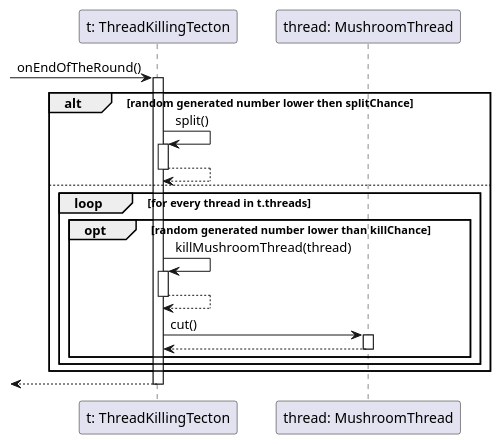
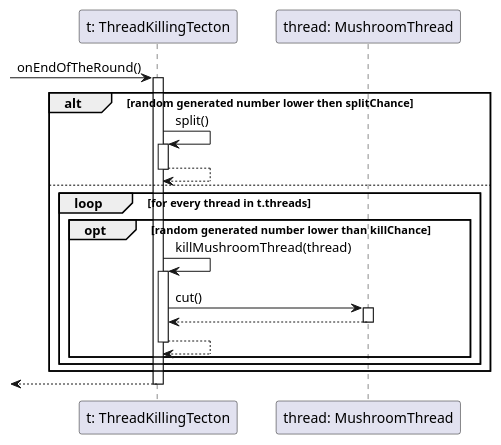
The diagram in diagrams/sequence/tecton/endofround_threadkill.plantuml (dzsem/projlab), drawn with PlantUML before and after one commit.

Commit message:
Patch ThreadKillingTecton.onEndOfTheRound()

```diff
--- a/diagrams/sequence/tecton/endofround_threadkill.plantuml
+++ b/diagrams/sequence/tecton/endofround_threadkill.plantuml
@@ -1,39 +1,40 @@
 @startuml endofround_threadkill
 
 participant "t: ThreadKillingTecton" as tecton
 participant "thread: MushroomThread" as thread
 
 -> tecton: onEndOfTheRound()
 activate tecton
 
 alt random generated number lower then splitChance
 
 	tecton -> tecton: split()
 	activate tecton
 
 	tecton --> tecton
 	deactivate tecton
 
 else
 	loop for every thread in t.threads
 		opt random generated number lower than killChance
 
 			tecton -> tecton: killMushroomThread(thread)
 			activate tecton
 
-			tecton --> tecton
-			deactivate tecton
 
 			tecton -> thread: cut()
 			activate thread
 
 			thread --> tecton
 			deactivate thread
+
+			tecton --> tecton
+			deactivate tecton
 
 		end
 	end
 end
 
 <-- tecton
 deactivate tecton
 @enduml
```
